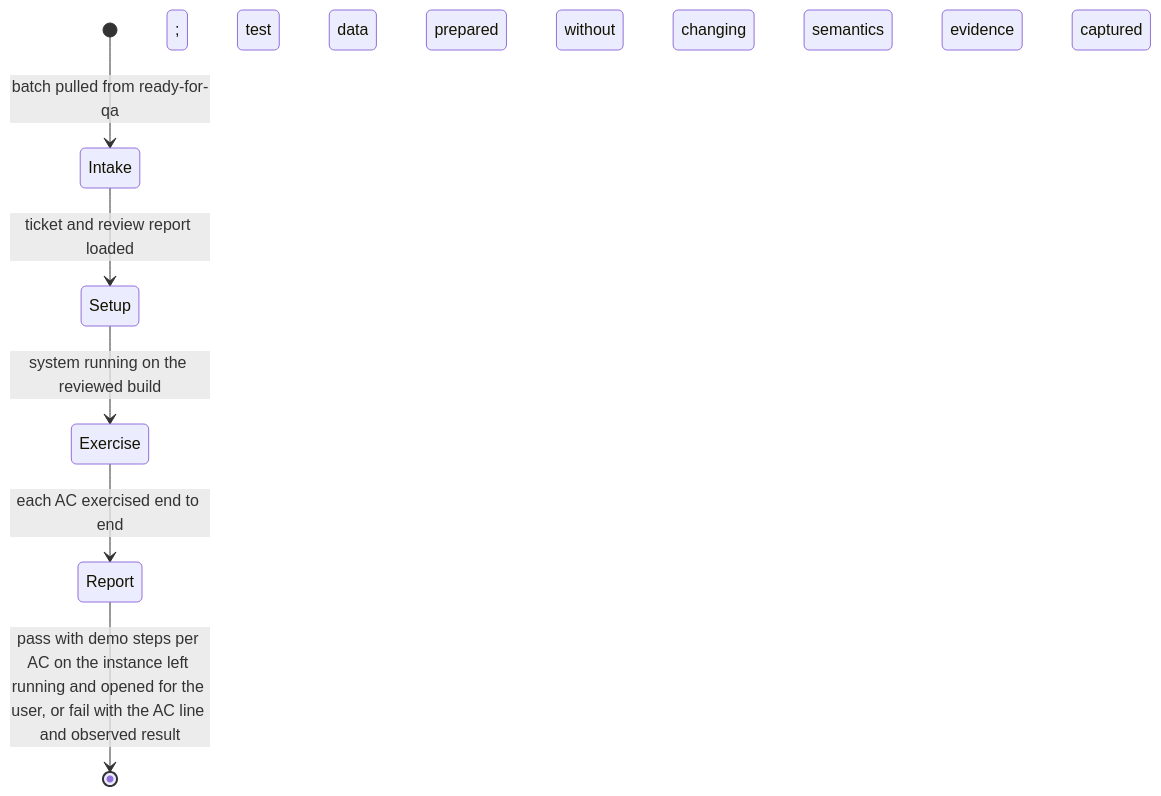
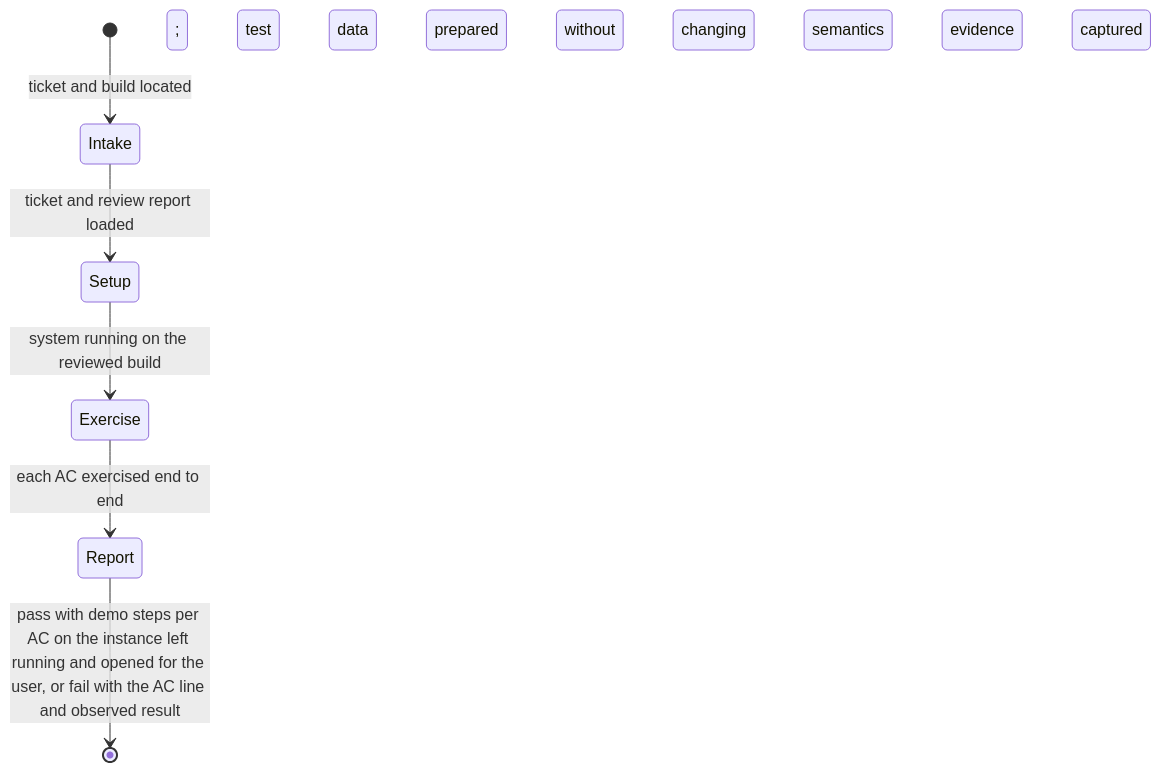
One commit to disusered/dotfiles-universal changed the diagram in ai/agent-skills/role-qa/SKILL.md. Above: the diagram before and after it, drawn with Mermaid. The commit also changed other lines of this file and 19 other files, not shown here.

````diff
--- a/ai/agent-skills/role-qa/SKILL.md
+++ b/ai/agent-skills/role-qa/SKILL.md
@@ -17,8 +26,8 @@
 ```mermaid
 stateDiagram-v2
-  [*] --> Intake: batch pulled from ready-for-qa
+  [*] --> Intake: ticket and build located
   Intake --> Setup: ticket and review report loaded
   Setup --> Exercise: system running on the reviewed build; test data prepared without changing semantics
   Exercise --> Report: each AC exercised end to end; evidence captured
   Report --> [*]: pass with demo steps per AC on the instance left running and opened for the user, or fail with the AC line and observed result
 ```
````
